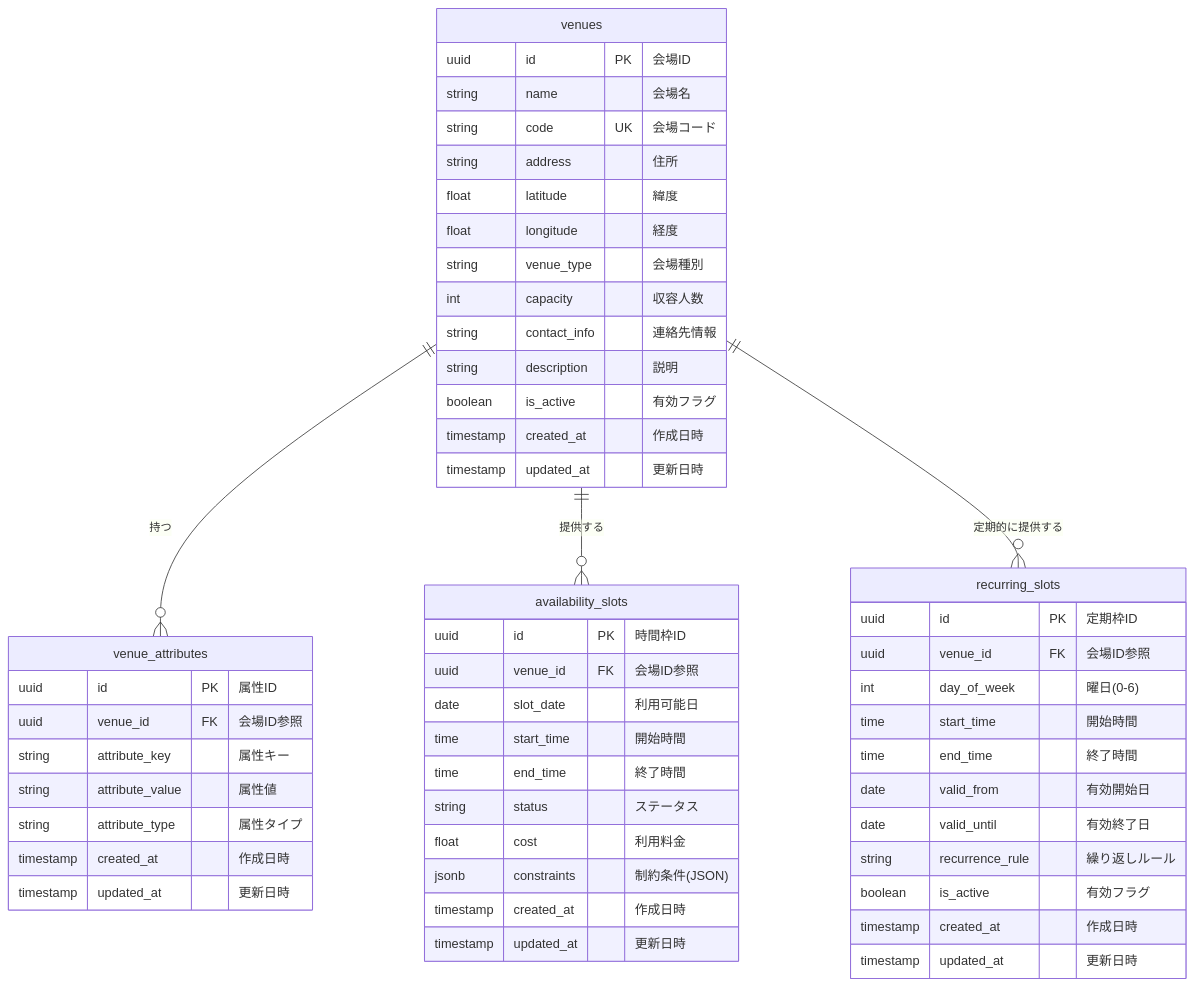
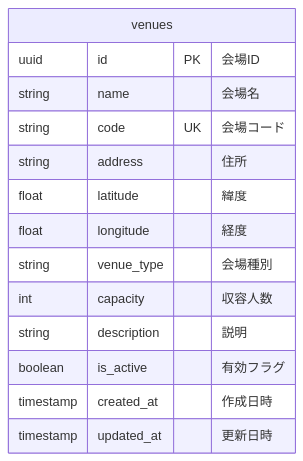
Before and after one commit to NowatariSoma/tomosigoto_nou_system: the diagram in tickets/phase_1/backend/BACK-DB-001/BACK-DB-001.4/README.md, drawn with Mermaid. The commit also changed other lines of this file, not shown here.

````diff
--- a/tickets/phase_1/backend/BACK-DB-001/BACK-DB-001.4/README.md
+++ b/tickets/phase_1/backend/BACK-DB-001/BACK-DB-001.4/README.md
@@ -67,59 +46,17 @@
 ```mermaid
 erDiagram
-    venues ||--o{ venue_attributes : "持つ"
-    venues ||--o{ availability_slots : "提供する"
-    venues ||--o{ recurring_slots : "定期的に提供する"
-    
     venues {
         uuid id PK "会場ID"
         string name "会場名"
         string code UK "会場コード"
         string address "住所"
         float latitude "緯度"
         float longitude "経度"
         string venue_type "会場種別"
         int capacity "収容人数"
-        string contact_info "連絡先情報"
         string description "説明"
         boolean is_active "有効フラグ"
         timestamp created_at "作成日時"
         timestamp updated_at "更新日時"
     }
-    
-    venue_attributes {
-        uuid id PK "属性ID"
-        uuid venue_id FK "会場ID参照"
-        string attribute_key "属性キー"
-        string attribute_value "属性値"
-        string attribute_type "属性タイプ"
-        timestamp created_at "作成日時"
-        timestamp updated_at "更新日時"
-    }
-    
-    availability_slots {
-        uuid id PK "時間枠ID"
-        uuid venue_id FK "会場ID参照"
-        date slot_date "利用可能日"
-        time start_time "開始時間"
-        time end_time "終了時間"
-        string status "ステータス"
-        float cost "利用料金"
-        jsonb constraints "制約条件(JSON)"
-        timestamp created_at "作成日時"
-        timestamp updated_at "更新日時"
-    }
-    
-    recurring_slots {
-        uuid id PK "定期枠ID"
-        uuid venue_id FK "会場ID参照"
-        int day_of_week "曜日(0-6)"
-        time start_time "開始時間"
-        time end_time "終了時間"
-        date valid_from "有効開始日"
-        date valid_until "有効終了日"
-        string recurrence_rule "繰り返しルール"
-        boolean is_active "有効フラグ"
-        timestamp created_at "作成日時"
-        timestamp updated_at "更新日時"
-    }
 ```
````
